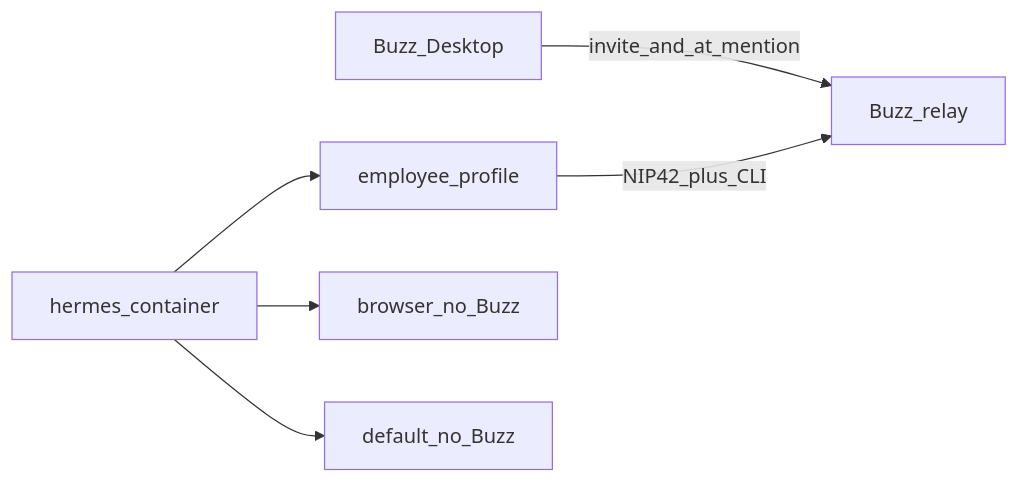
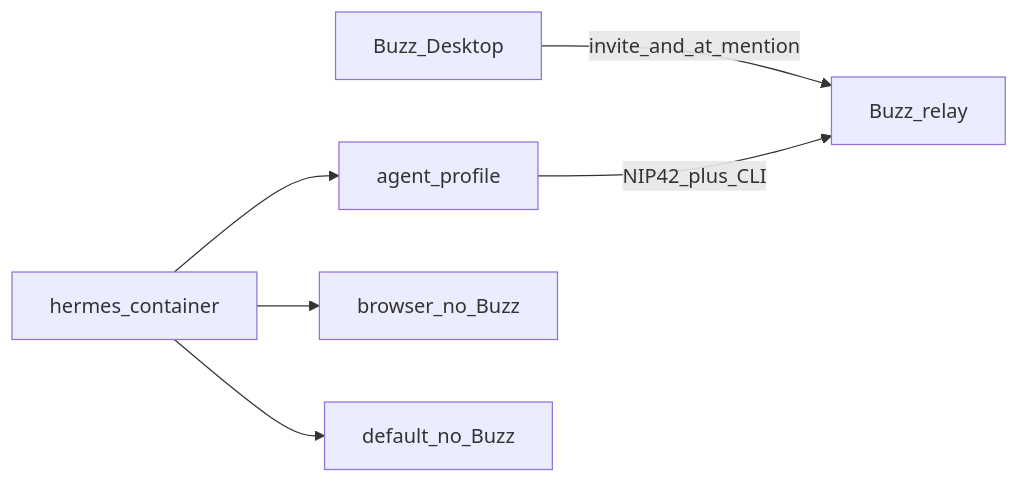
One commit to kaxline/sovereign-agent-stack changed the diagram in docs/buzz.md. Above: the diagram before and after it, drawn with Mermaid. The commit also changed other lines of this file and 19 other files, not shown here.

````diff
--- a/docs/buzz.md
+++ b/docs/buzz.md
@@ -11,15 +11,15 @@
 ```mermaid
 flowchart LR
   buzzApp[Buzz_Desktop]
   relay[Buzz_relay]
   hermesCtr[hermes_container]
-  eng[employee_profile]
+  eng[agent_profile]
   browser[browser_no_Buzz]
   default[default_no_Buzz]
 
   buzzApp -->|invite_and_at_mention| relay
   eng -->|NIP42_plus_CLI| relay
   hermesCtr --> eng
   hermesCtr --> browser
   hermesCtr --> default
 ```
````
